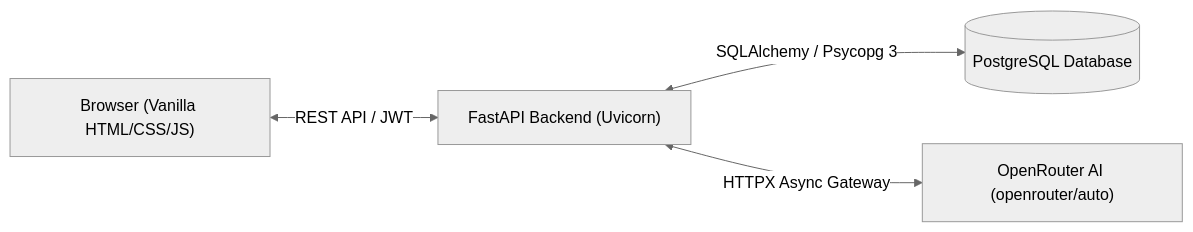
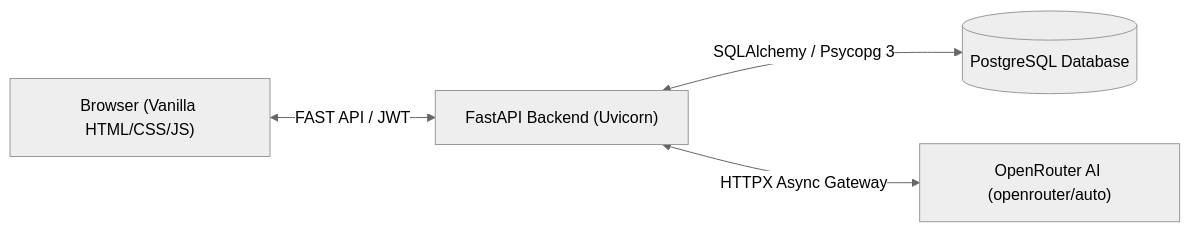
One commit to Rengasamy57/ron-ai_bot changed the diagram in README.md. Above: the diagram before and after it, drawn with Mermaid (neutral theme).

Commit message:
Fix typo in API reference in README.md

````diff
--- a/README.md
+++ b/README.md
@@ -15,6 +15,6 @@
 ```mermaid
 flowchart LR
-    Client["Browser (Vanilla HTML/CSS/JS)"] <--> |REST API / JWT| Backend["FastAPI Backend (Uvicorn)"]
+    Client["Browser (Vanilla HTML/CSS/JS)"] <--> |FAST API / JWT| Backend["FastAPI Backend (Uvicorn)"]
     Backend <--> |SQLAlchemy / Psycopg 3| DB[("PostgreSQL Database")]
     Backend <--> |HTTPX Async Gateway| OpenRouter["OpenRouter AI (openrouter/auto)"]
 ```
````
